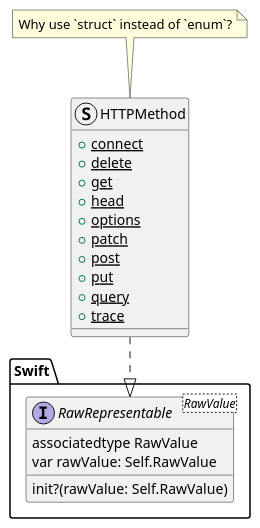
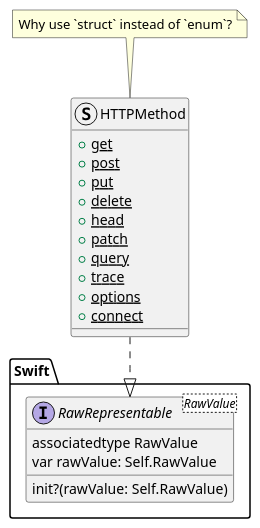
One commit to Huang-Libo/Notebook changed the diagram in Diagram/Alamofire/Alamofire-HTTPMethod.puml. Above: the diagram before and after it, drawn with PlantUML. The commit also changed other lines of this file, not shown here.

```diff
--- a/Diagram/Alamofire/Alamofire-HTTPMethod.puml
+++ b/Diagram/Alamofire/Alamofire-HTTPMethod.puml
@@ -1,28 +1,28 @@
 @startuml Alamofire-HTTPMethod
 
 struct HTTPMethod {
-    + {static} connect
-    + {static} delete
     + {static} get
-    + {static} head
-    + {static} options
-    + {static} patch
     + {static} post
     + {static} put
+    + {static} delete
+    + {static} head
+    + {static} patch
     + {static} query
     + {static} trace
+    + {static} options
+    + {static} connect
 }
 
 interface Swift.RawRepresentable<RawValue> {
     associatedtype RawValue
     var rawValue: Self.RawValue
     init?(rawValue: Self.RawValue)
 }
 
 HTTPMethod ..|> Swift.RawRepresentable
 
 note top of HTTPMethod
     Why use `struct` instead of `enum`?
 end note
 
 @enduml
```
